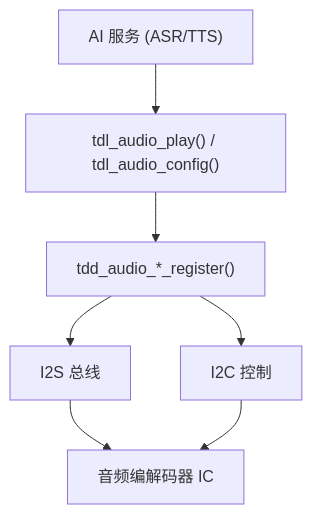
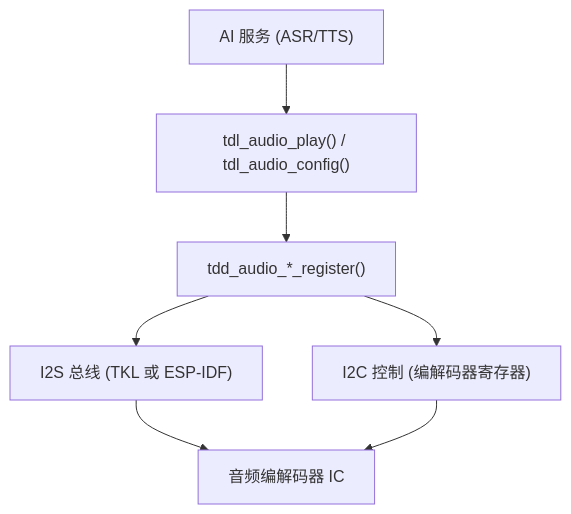
The diagram in i18n/zh/docusaurus-plugin-content-docs/current/peripheral/tutorials/audio-codec-guide.md (Tuya-Community/TuyaOpen.io), drawn with Mermaid before and after one commit. The commit also changed other lines of this file and 365 other files, not shown here.

````diff
--- a/i18n/zh/docusaurus-plugin-content-docs/current/peripheral/tutorials/audio-codec-guide.md
+++ b/i18n/zh/docusaurus-plugin-content-docs/current/peripheral/tutorials/audio-codec-guide.md
@@ -11,15 +15,15 @@
 ```mermaid
 flowchart TD
     AI["AI 服务 (ASR/TTS)"]
     TDL["tdl_audio_play() / tdl_audio_config()"]
     TDD["tdd_audio_*_register()"]
-    I2S["I2S 总线"]
-    I2C["I2C 控制"]
+    I2S["I2S 总线 (TKL 或 ESP-IDF)"]
+    I2C["I2C 控制 (编解码器寄存器)"]
     Codec["音频编解码器 IC"]
     AI --> TDL
     TDL --> TDD
     TDD --> I2S
     TDD --> I2C
     I2S --> Codec
     I2C --> Codec
 ```
````
